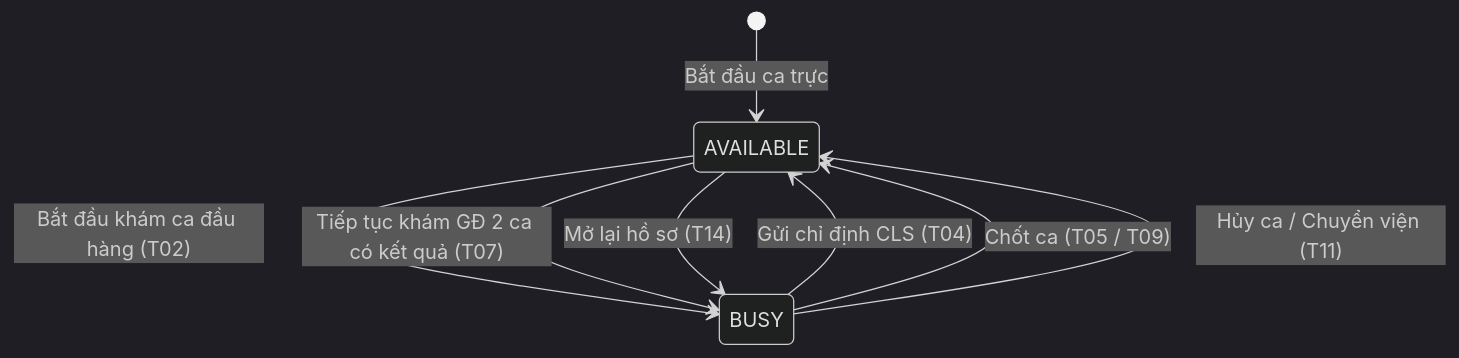
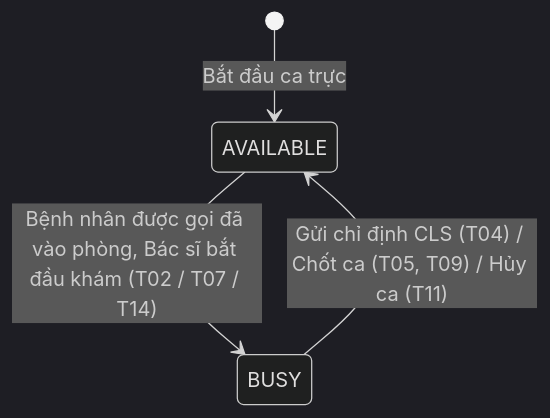
Before and after one commit to napersau/tailieudoantonghop: the third of 7 diagrams in tailieu4.0/THIET_KE_SO_DO_TRANG_THAI_STATE_MACHINE.md, drawn with Mermaid (dark theme). The commit also changed other lines of this file and 14 other files, not shown here.

````diff
--- a/tailieu4.0/THIET_KE_SO_DO_TRANG_THAI_STATE_MACHINE.md
+++ b/tailieu4.0/THIET_KE_SO_DO_TRANG_THAI_STATE_MACHINE.md
@@ -249,12 +205,8 @@
 ```mermaid
 stateDiagram-v2
     [*] --> AVAILABLE : Bắt đầu ca trực
 
-    AVAILABLE --> BUSY : Bắt đầu khám ca đầu hàng (T02)
-    AVAILABLE --> BUSY : Tiếp tục khám GĐ 2 ca có kết quả (T07)
-    AVAILABLE --> BUSY : Mở lại hồ sơ (T14)
+    AVAILABLE --> BUSY : Bệnh nhân được gọi đã vào phòng, Bác sĩ bắt đầu khám (T02 / T07 / T14)
 
-    BUSY --> AVAILABLE : Gửi chỉ định CLS (T04)
-    BUSY --> AVAILABLE : Chốt ca (T05 / T09)
-    BUSY --> AVAILABLE : Hủy ca / Chuyển viện (T11)
+    BUSY --> AVAILABLE : Gửi chỉ định CLS (T04) / Chốt ca (T05, T09) / Hủy ca (T11)
 ```
````
